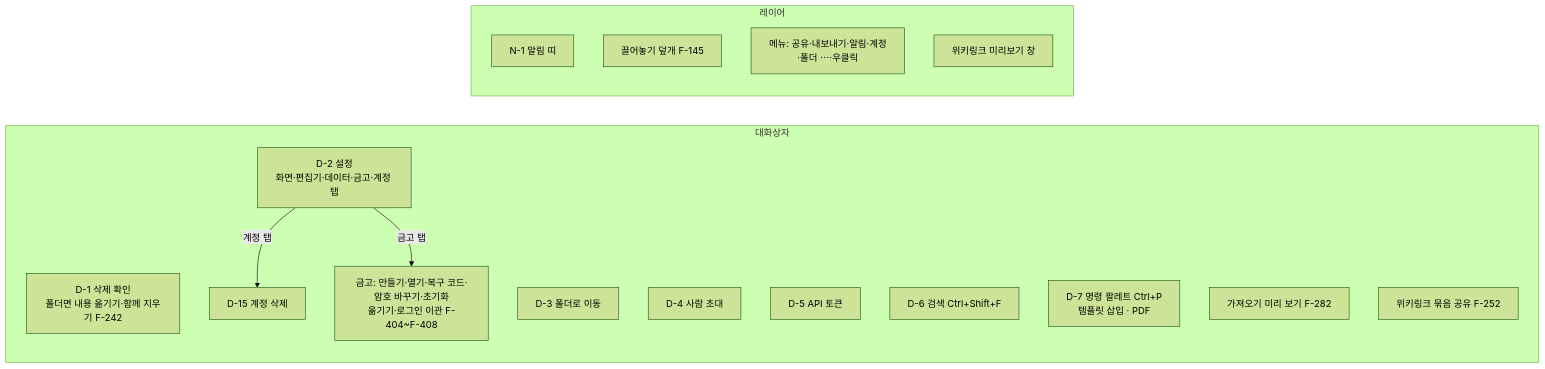
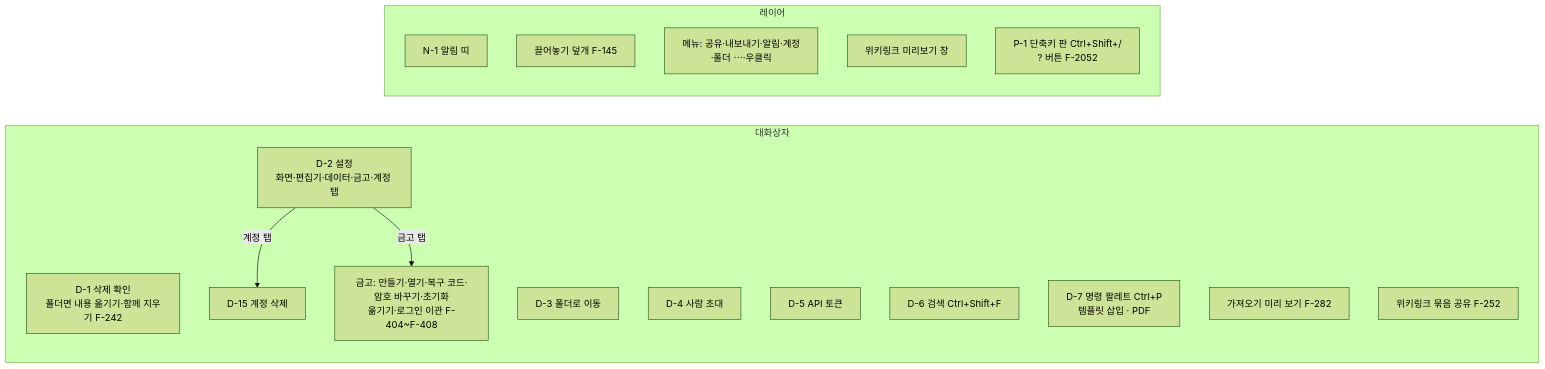
Before and after one commit to R00neyj/rawdoc: the fourth of 5 diagrams in specs/map.md, drawn with Mermaid (forest theme). The commit also changed other lines of this file and 25 other files, not shown here.

````diff
--- a/specs/map.md
+++ b/specs/map.md
@@ -107,24 +108,25 @@
 ```mermaid
 flowchart LR
   subgraph dlg["대화상자"]
     D1["D-1 삭제 확인<br/>폴더면 내용 옮기기·함께 지우기 F-242"]
     D2["D-2 설정<br/>화면·편집기·데이터·금고·계정 탭"]
     D3["D-3 폴더로 이동"]
     D4["D-4 사람 초대"]
     D5["D-5 API 토큰"]
     D6["D-6 검색 Ctrl+Shift+F"]
     D7["D-7 명령 팔레트 Ctrl+P<br/>템플릿 삽입 · PDF"]
     D15["D-15 계정 삭제"]
     imp["가져오기 미리 보기 F-282"]
     set["위키링크 묶음 공유 F-252"]
     vault["금고: 만들기·열기·복구 코드·암호 바꾸기·초기화<br/>옮기기·로그인 이관 F-404~F-408"]
   end
   subgraph layer["레이어"]
     N1["N-1 알림 띠"]
     drop["끌어놓기 덮개 F-145"]
     menus["메뉴: 공유·내보내기·알림·계정·폴더 ⋯·우클릭"]
     preview["위키링크 미리보기 창"]
+    P1["P-1 단축키 판 Ctrl+Shift+/<br/>? 버튼 F-2052"]
   end
   D2 -- "계정 탭" --> D15
   D2 -- "금고 탭" --> vault
 ```
````
